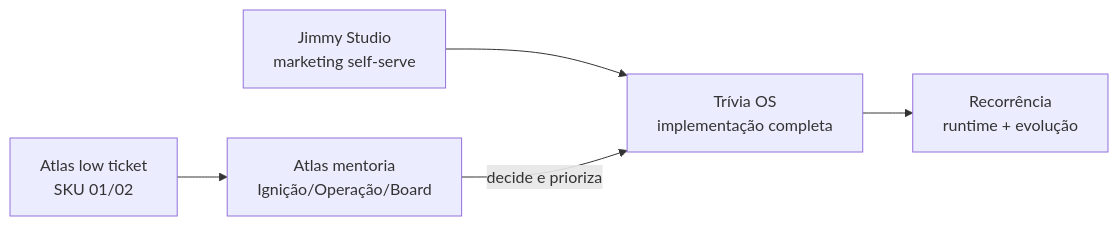
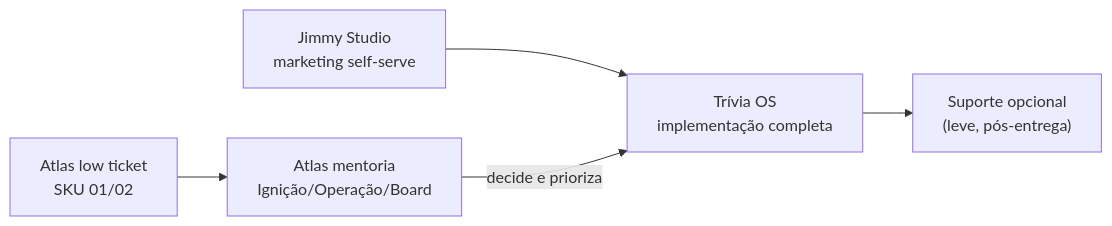
One commit to Trivia-Growth/Trivia-Obsidian changed the third of 3 diagrams in Clientes/Trivia/Projeto Trívia OS/Trívia OS - Plano de Negocio e GTM.md. Above: the diagram before and after it, drawn with Mermaid. The commit also changed other lines of this file and 3 other files, not shown here.

````diff
--- a/Clientes/Trivia/Projeto Trívia OS/Trívia OS - Plano de Negocio e GTM.md
+++ b/Clientes/Trivia/Projeto Trívia OS/Trívia OS - Plano de Negocio e GTM.md
@@ -458,7 +462,7 @@
 ```mermaid
 flowchart LR
     LOW["Atlas low ticket<br/>SKU 01/02"] --> MENT["Atlas mentoria<br/>Ignição/Operação/Board"]
     JIMMY["Jimmy Studio<br/>marketing self-serve"] --> OS
     MENT -->|decide e prioriza| OS["Trívia OS<br/>implementação completa"]
-    OS --> REC["Recorrência<br/>runtime + evolução"]
+    OS --> SUP["Suporte opcional<br/>(leve, pós-entrega)"]
 ```
````
